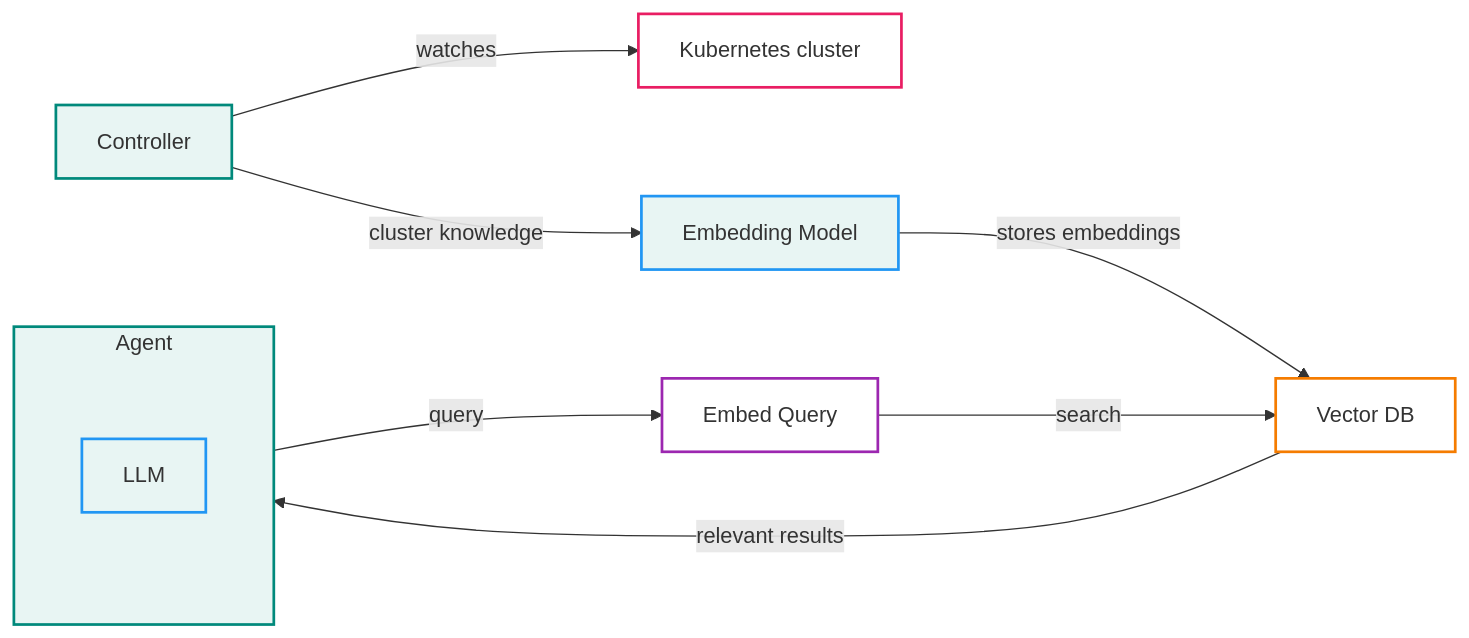
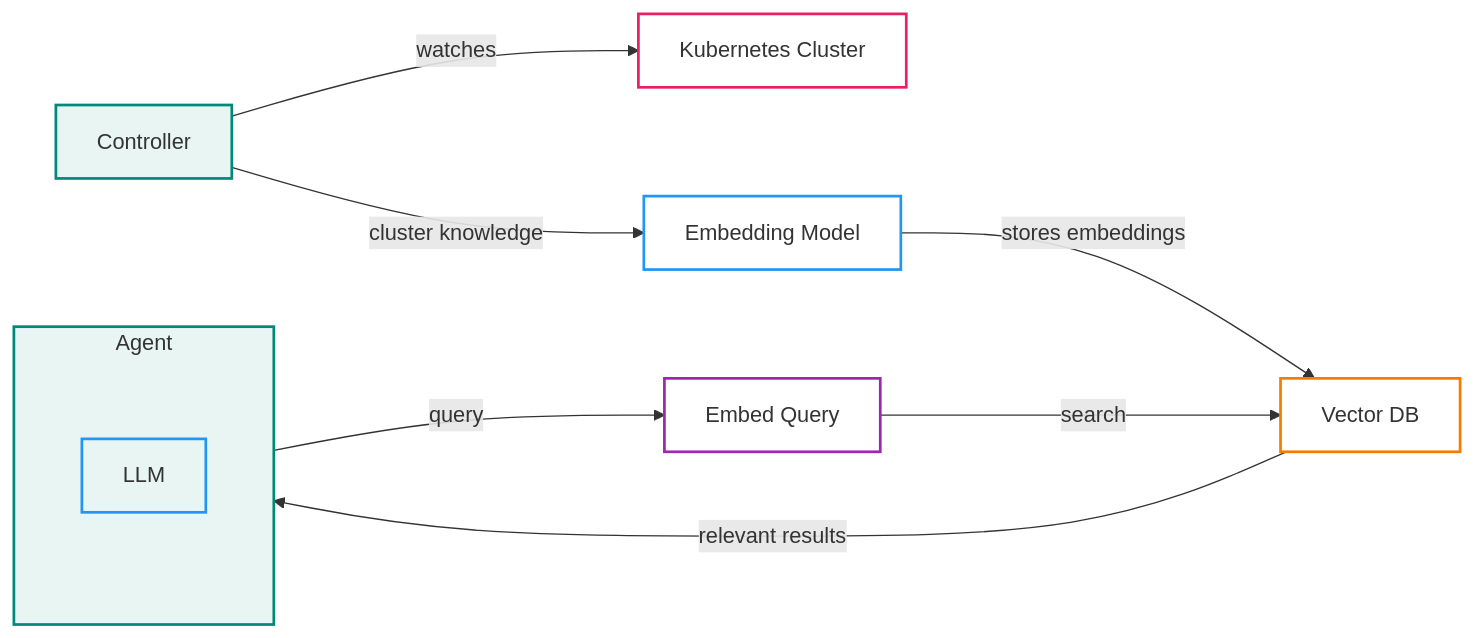
One commit to wiggitywhitney/cluster-whisperer changed diagram 12 of 15 in docs/talk/slides-your-platform-next-interface.qmd. Above: the diagram before and after it, drawn with Mermaid. The commit also changed other lines of this file and 2 other files, not shown here.

````diff
--- a/docs/talk/slides-your-platform-next-interface.qmd
+++ b/docs/talk/slides-your-platform-next-interface.qmd
@@ -362,22 +394,22 @@
 ```{mermaid}
 %%{init: {'flowchart': {'nodeSpacing': 80, 'rankSpacing': 140}}}%%
 flowchart LR
-  C["Controller"] -->|"watches"| K["Kubernetes cluster"]
+  C["Controller"] -->|"watches"| K["Kubernetes Cluster"]
   C -->|"cluster knowledge"| E["Embedding Model"]
   E -->|"stores embeddings"| V["Vector DB"]
   A -->|"query"| EQ["Embed Query"]
   EQ -->|"search"| V
   V -->|"relevant results"| A
 
   subgraph A["Agent"]
     L["LLM"]
   end
 
   style C fill:#e8f5f3,stroke:#00897B,stroke-width:2px
   style K fill:none,stroke:#E91E63,stroke-width:2px
-  style E fill:#e8f5f3,stroke:#2196F3,stroke-width:2px
+  style E fill:none,stroke:#2196F3,stroke-width:2px
   style V fill:none,stroke:#F57C00,stroke-width:2px
   style A fill:#e8f5f3,stroke:#00897B,stroke-width:2px
   style L fill:#e8f5f3,stroke:#2196F3,stroke-width:2px
   style EQ fill:none,stroke:#9C27B0,stroke-width:2px
 ```
````
